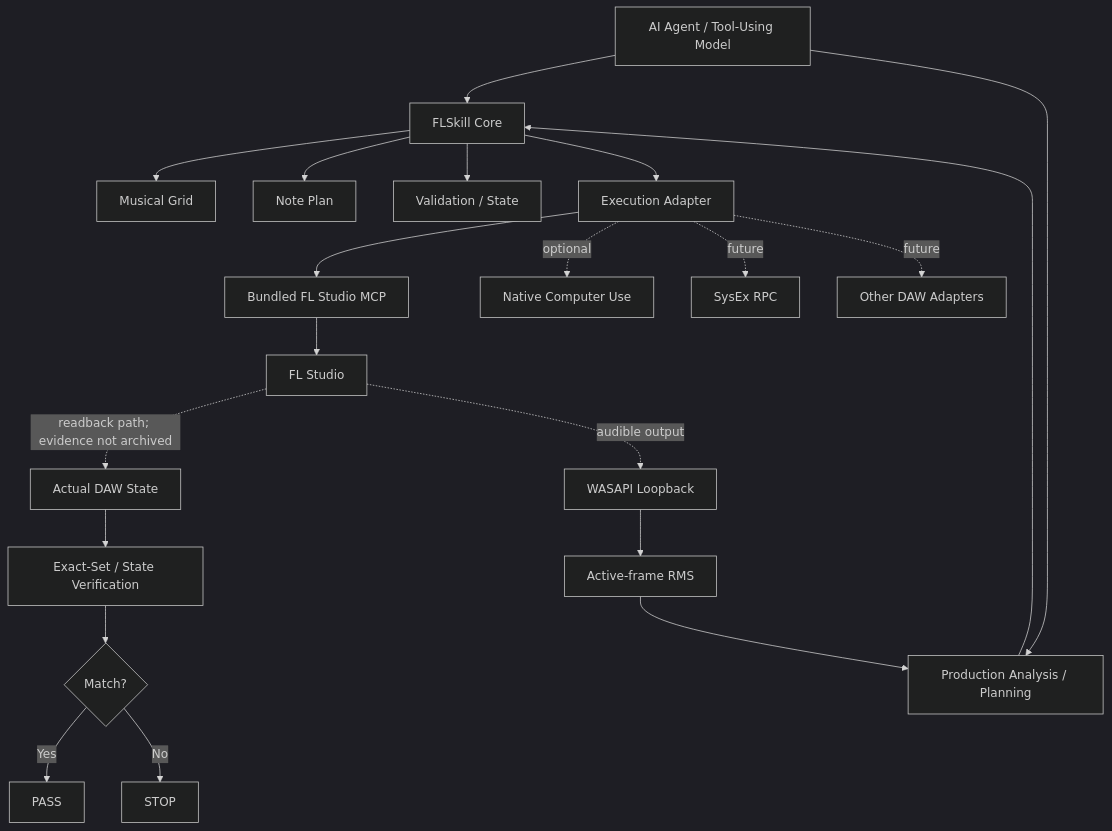
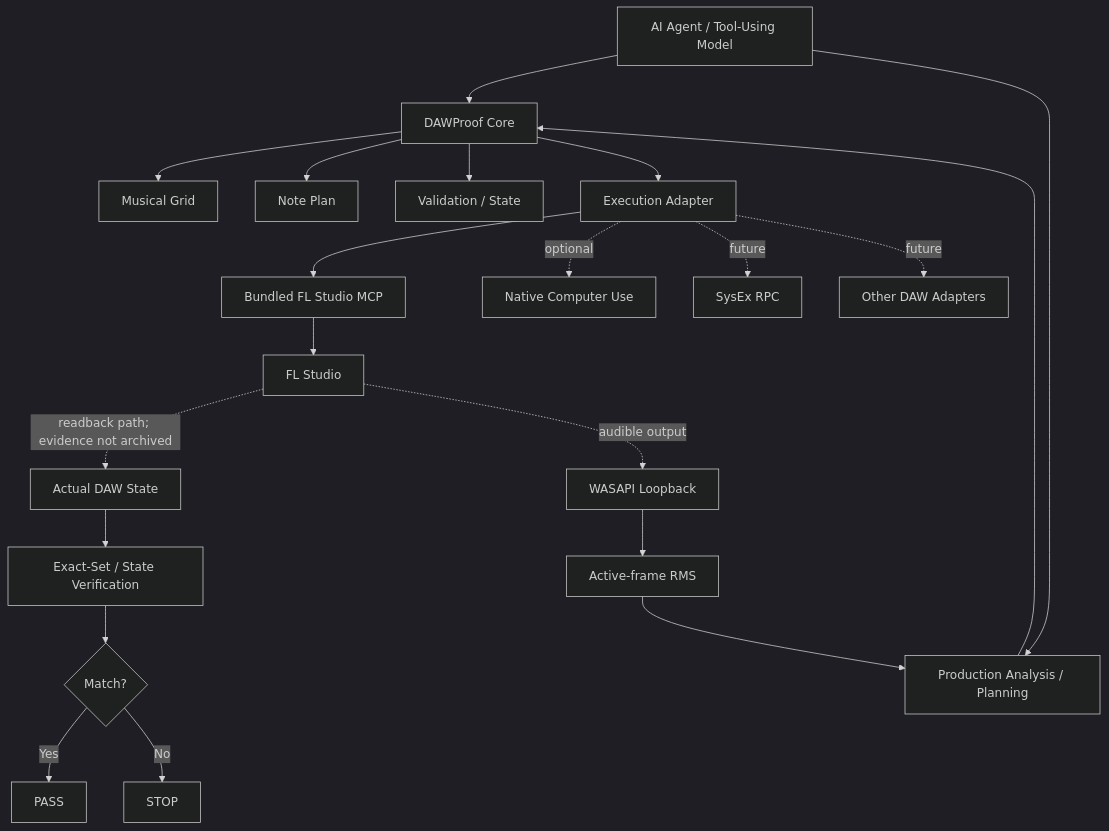
One commit to ryurikoneko/DAWLoop changed the diagram in README.md. Above: the diagram before and after it, drawn with Mermaid (dark theme). The commit also changed other lines of this file and 50 other files, not shown here.

Commit message:
refactor: rename FLSkill to DAWProof

````diff
--- a/README.md
+++ b/README.md
@@ -49,23 +55,23 @@
 ```mermaid
 flowchart TD
-    A[AI Agent / Tool-Using Model] --> B[FLSkill Core]
+    A[AI Agent / Tool-Using Model] --> B[DAWProof Core]
     A --> Q[Production Analysis / Planning]
     Q --> B
     B --> C[Musical Grid]
     B --> D[Note Plan]
     B --> E[Validation / State]
     B --> F[Execution Adapter]
     F --> G[Bundled FL Studio MCP]
     F -. optional .-> H[Native Computer Use]
     F -. future .-> I[SysEx RPC]
     F -. future .-> J[Other DAW Adapters]
     G --> K[FL Studio]
     K -. readback path; evidence not archived .-> L[Actual DAW State]
     L --> M[Exact-Set / State Verification]
     M --> N{Match?}
     N -->|Yes| O[PASS]
     N -->|No| P[STOP]
     K -. audible output .-> R[WASAPI Loopback]
     R --> S[Active-frame RMS]
     S --> Q
 ```
````
